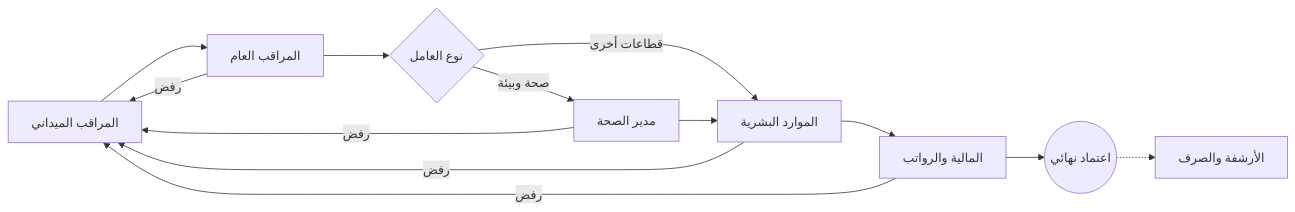
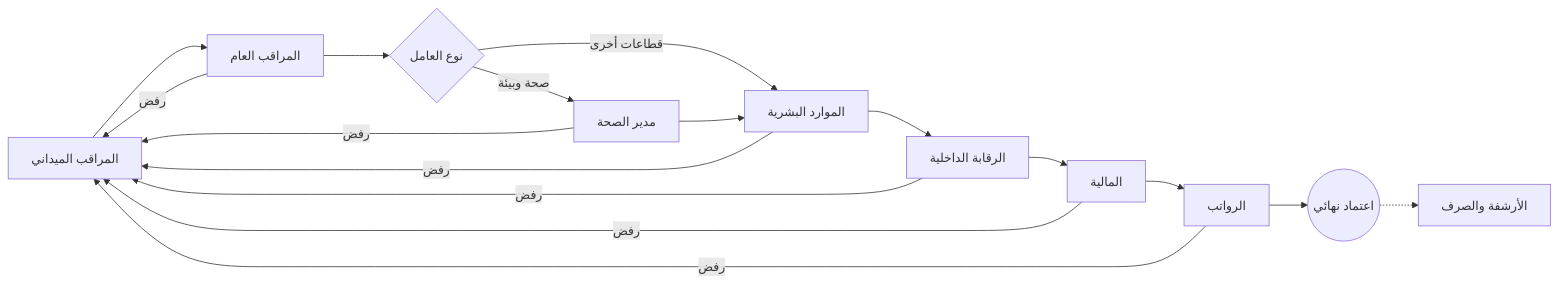
The diagram in README.md (Abdoocoder/tayid-aldawam), drawn with Mermaid before and after one commit. The commit also changed other lines of this file and 3 other files, not shown here.

````diff
--- a/README.md
+++ b/README.md
@@ -62,15 +66,19 @@
 ```mermaid
 graph LR
     A[المراقب الميداني] --> B[المراقب العام]
     B --> C{نوع العامل}
     C -- صحة وبيئة --> D[مدير الصحة]
     C -- قطاعات أخرى --> E[الموارد البشرية]
     D --> E
-    E --> F[المالية والرواتب]
-    F --> G((اعتماد نهائي))
-    G -.-> H[الأرشفة والصرف]
+    E --> F[الرقابة الداخلية]
+    F --> G[المالية]
+    G --> H[الرواتب]
+    H --> I((اعتماد نهائي))
+    I -.-> J[الأرشفة والصرف]
     B -- رفض --> A
     D -- رفض --> A
     E -- رفض --> A
     F -- رفض --> A
+    G -- رفض --> A
+    H -- رفض --> A
 ```
````
